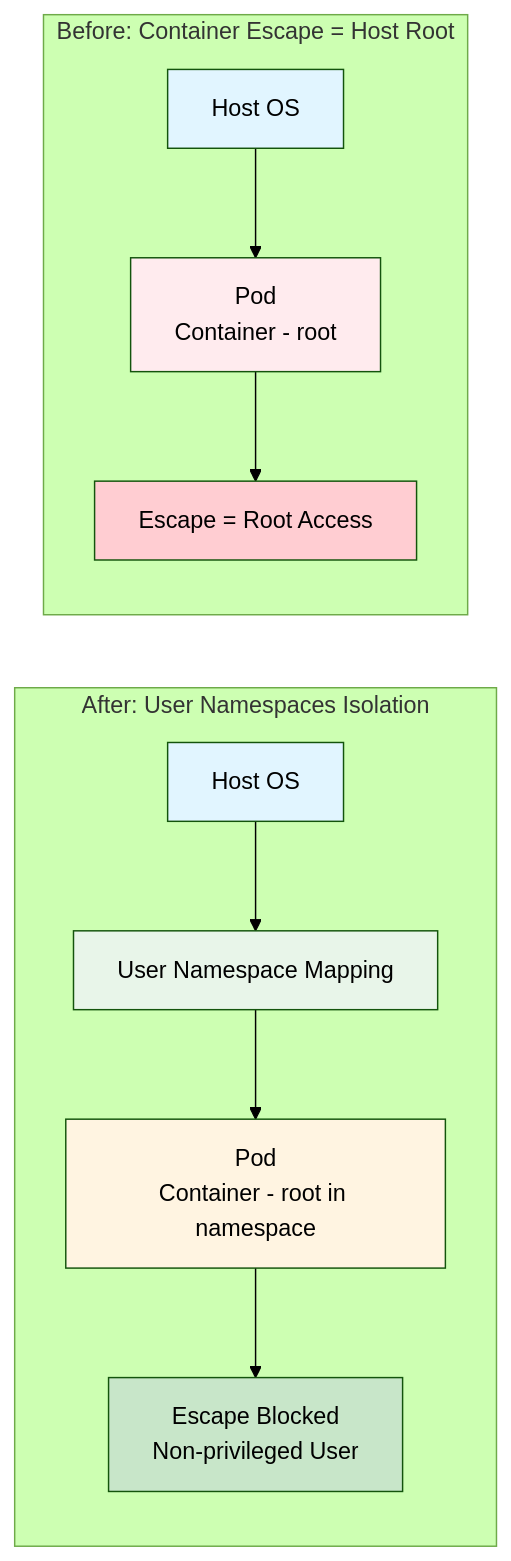
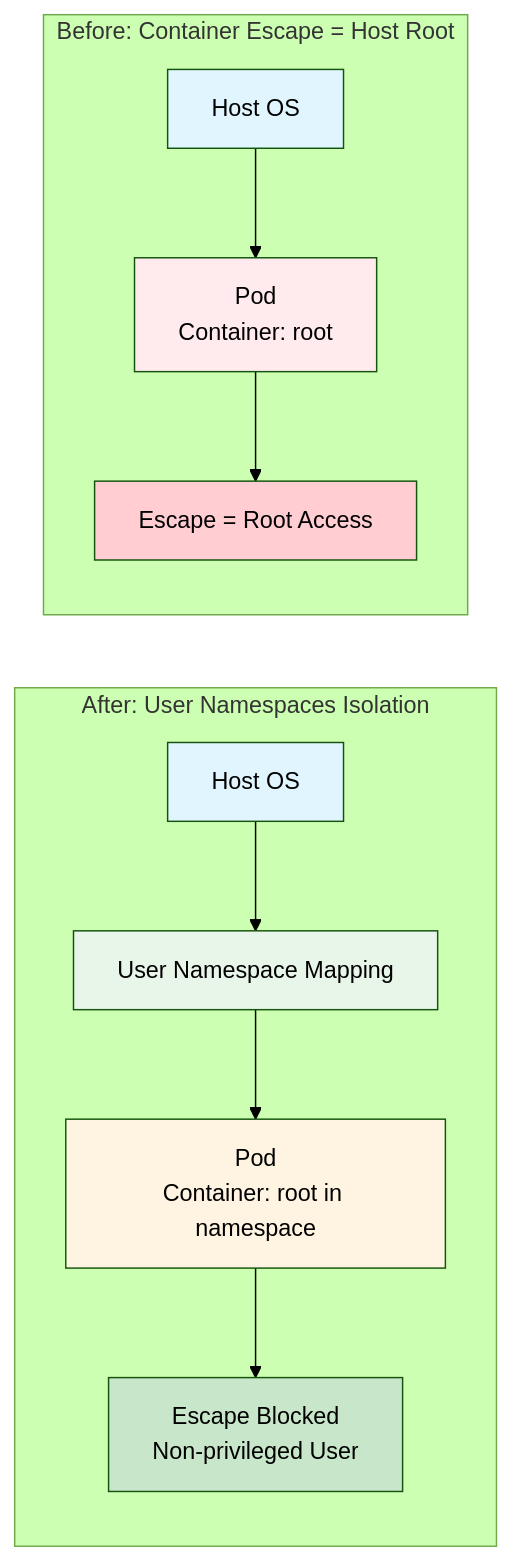
Before and after one commit to Twodragon0/tech-blog: the first of 4 diagrams in _posts/2026-01-14-GCP_Cloud_Security_Complete_Guide_IAMFrom_GKETo_Security_Architecture.md, drawn with Mermaid (forest theme). The commit also changed other lines of this file and 31 other files, not shown here.

First line of the commit message:
fix: 모든 포스팅의 mermaid 차트 Safari 호환성 수정 (mermaid 10.9.5)

````diff
--- a/_posts/2026-01-14-GCP_Cloud_Security_Complete_Guide_IAMFrom_GKETo_Security_Architecture.md
+++ b/_posts/2026-01-14-GCP_Cloud_Security_Complete_Guide_IAMFrom_GKETo_Security_Architecture.md
@@ -79,30 +79,30 @@
 ```mermaid
 graph LR
     subgraph After["After: User Namespaces Isolation"]
         HostOS1["Host OS"]
         UserNSMapping["User Namespace Mapping"]
-        Pod1["Pod<br/>Container - root in namespace"]
+        Pod1["Pod<br/>Container: root in namespace"]
         EscapeBlocked["Escape Blocked<br/>Non-privileged User"]
         
         HostOS1 --> UserNSMapping
         UserNSMapping --> Pod1
         Pod1 --> EscapeBlocked
     end
     
     subgraph Before["Before: Container Escape = Host Root"]
         HostOS2["Host OS"]
-        Pod2["Pod<br/>Container - root"]
+        Pod2["Pod<br/>Container: root"]
         EscapeRoot["Escape = Root Access"]
         
         HostOS2 --> Pod2
         Pod2 --> EscapeRoot
     end
     
     style HostOS1 fill:#e1f5ff
     style UserNSMapping fill:#e8f5e9
     style Pod1 fill:#fff4e1
     style EscapeBlocked fill:#c8e6c9
     style HostOS2 fill:#e1f5ff
     style Pod2 fill:#ffebee
     style EscapeRoot fill:#ffcdd2
 ```
````
